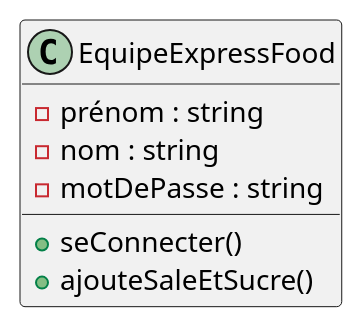
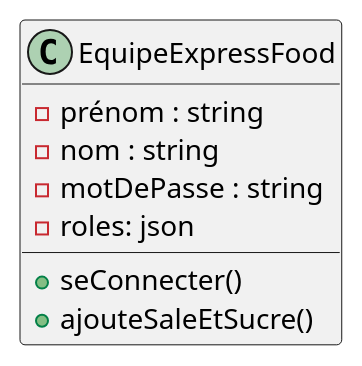
One commit to laurasullyalexandrine/expressfood changed the diagram in Class/EquipeExpressFood.puml. Above: the diagram before and after it, drawn with PlantUML. The commit also changed 4 other files, not shown here.

Commit message:
update sequences diagrams

```diff
--- a/Class/EquipeExpressFood.puml
+++ b/Class/EquipeExpressFood.puml
@@ -1,12 +1,13 @@
 @startuml EquipeExpressFood
 
 Class EquipeExpressFood {
     - prénom : string
     - nom : string
     - motDePasse : string
+    - roles: json
     
     + seConnecter()
     + ajouteSaleEtSucre()
 }
 
 @enduml
```
